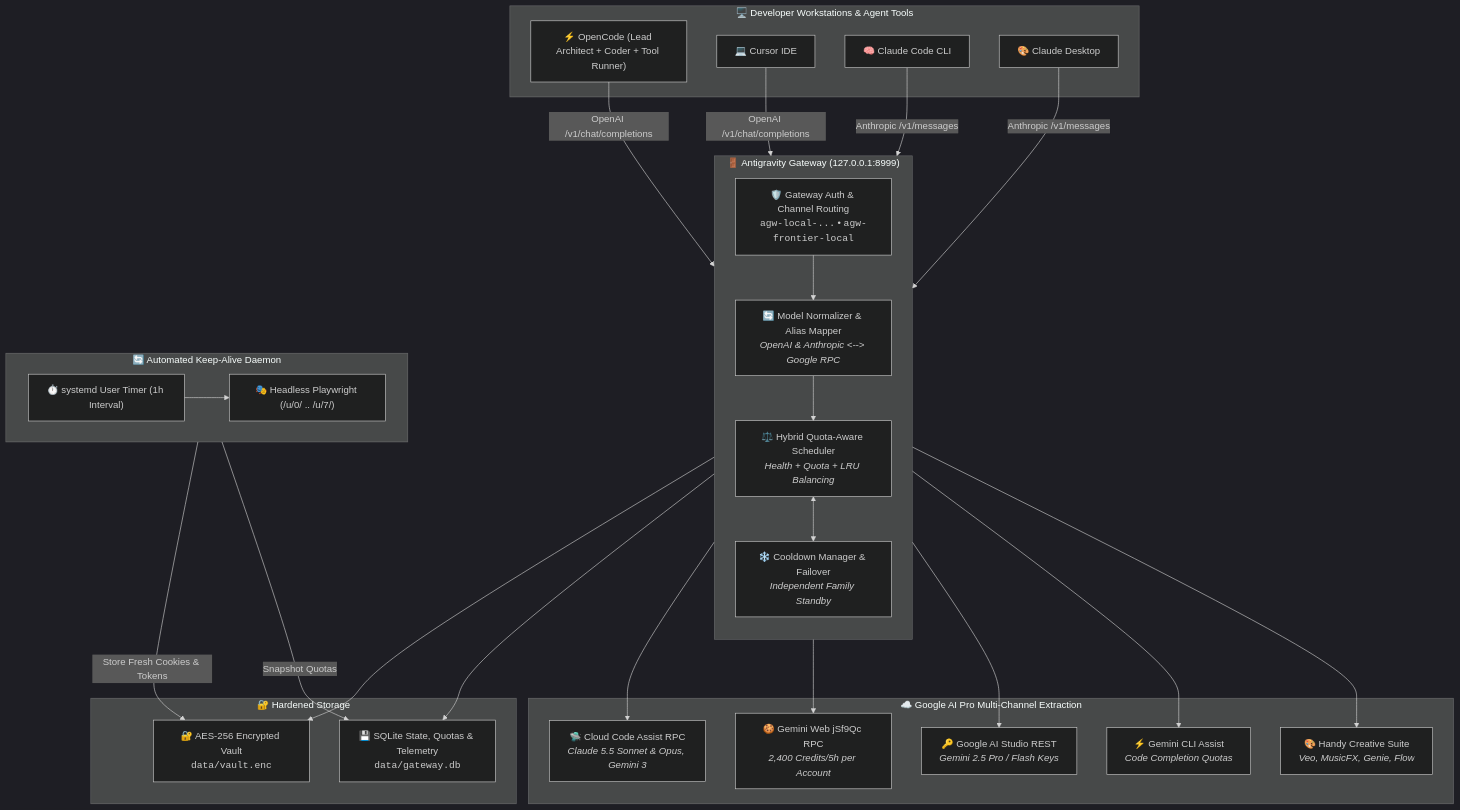
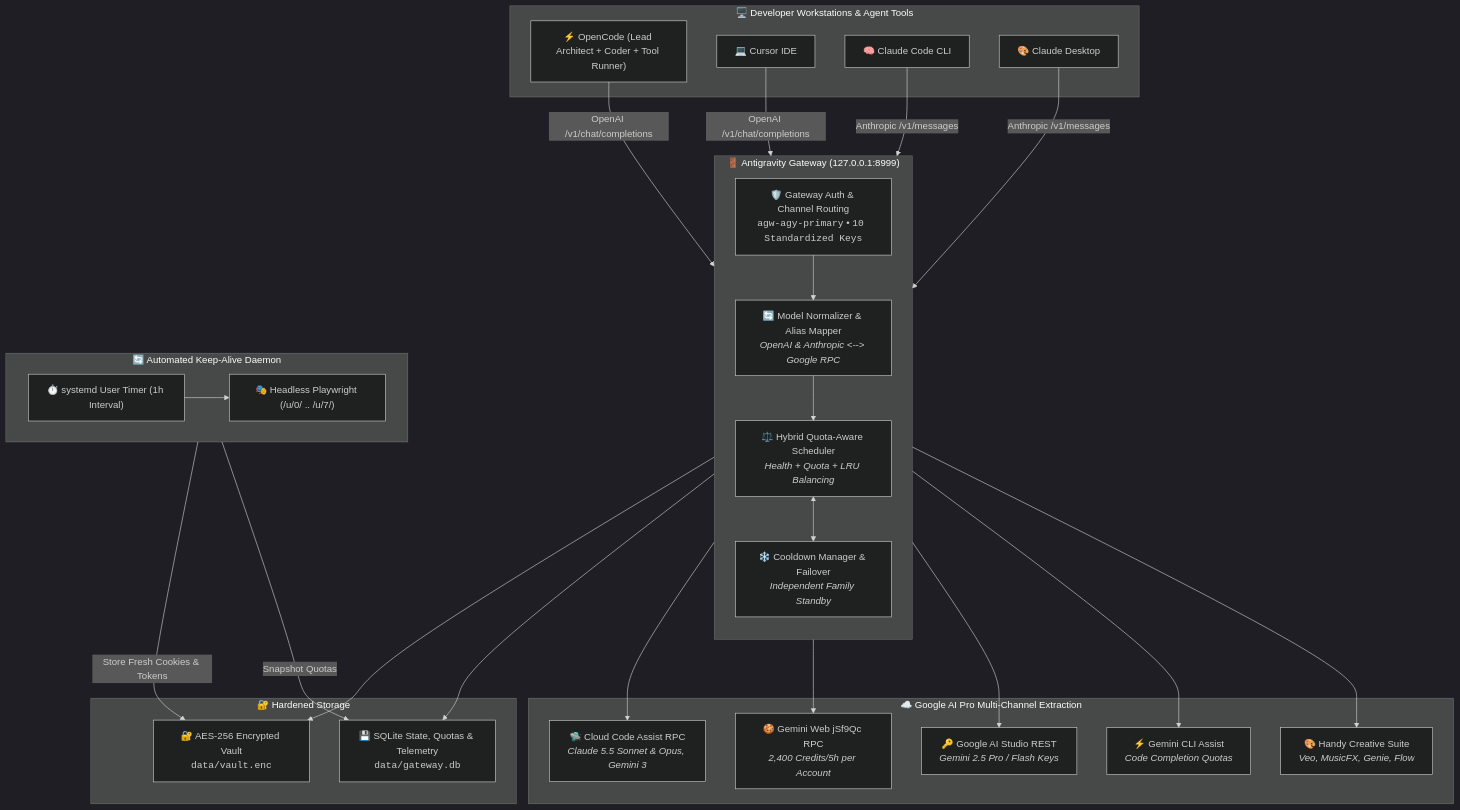
The diagram in README.md (RareBat47/antigravity-gateway), drawn with Mermaid (dark theme) before and after one commit. The commit also changed other lines of this file and 5 other files, not shown here.

Commit message:
feat(providers): streamline OpenCode configuration to 5 standardized provider channels with primary keys

````diff
--- a/README.md
+++ b/README.md
@@ -70,56 +70,56 @@
 ```mermaid
 flowchart TD
     subgraph Clients["🖥️ Developer Workstations & Agent Tools"]
         OpenCode["⚡ OpenCode (Lead Architect + Coder + Tool Runner)"]
         Cursor["💻 Cursor IDE"]
         ClaudeCode["🧠 Claude Code CLI"]
         Desktop["🎨 Claude Desktop"]
     end
 
     subgraph Gateway["🚪 Antigravity Gateway (127.0.0.1:8999)"]
         direction TB
-        Auth["🛡️ Gateway Auth & Channel Routing<br/><code>agw-local-...</code> • <code>agw-frontier-local</code>"]
+        Auth["🛡️ Gateway Auth & Channel Routing<br/><code>agw-agy-primary</code> • <code>10 Standardized Keys</code>"]
         Registry["🔄 Model Normalizer & Alias Mapper<br/><i>OpenAI & Anthropic &lt;--&gt; Google RPC</i>"]
         Scheduler["⚖️ Hybrid Quota-Aware Scheduler<br/><i>Health + Quota + LRU Balancing</i>"]
         Cooldown["❄️ Cooldown Manager & Failover<br/><i>Independent Family Standby</i>"]
     end
 
     subgraph AutoKeeper["🔄 Automated Keep-Alive Daemon"]
         Playwright["🎭 Headless Playwright (/u/0/ .. /u/7/)"]
         Timer["⏱️ systemd User Timer (1h Interval)"]
         Timer --> Playwright
     end
 
     subgraph Storage["🔐 Hardened Storage"]
         Vault["🔐 AES-256 Encrypted Vault<br/><code>data/vault.enc</code>"]
         DB["💾 SQLite State, Quotas & Telemetry<br/><code>data/gateway.db</code>"]
     end
 
     subgraph Upstream["☁️ Google AI Pro Multi-Channel Extraction"]
         OAuth["🛸 Cloud Code Assist RPC<br/><i>Claude 5.5 Sonnet & Opus, Gemini 3</i>"]
         WebSession["🍪 Gemini Web jSf9Qc RPC<br/><i>2,400 Credits/5h per Account</i>"]
         Studio["🔑 Google AI Studio REST<br/><i>Gemini 2.5 Pro / Flash Keys</i>"]
         CLI["⚡ Gemini CLI Assist<br/><i>Code Completion Quotas</i>"]
         Handy["🎨 Handy Creative Suite<br/><i>Veo, MusicFX, Genie, Flow</i>"]
     end
 
     OpenCode -->|OpenAI /v1/chat/completions| Auth
     Cursor -->|OpenAI /v1/chat/completions| Auth
     ClaudeCode -->|Anthropic /v1/messages| Auth
     Desktop -->|Anthropic /v1/messages| Auth
 
     Auth --> Registry
     Registry --> Scheduler
     Scheduler <--> Cooldown
     Scheduler --> Vault
     Scheduler --> DB
 
     AutoKeeper -->|Store Fresh Cookies & Tokens| Vault
     AutoKeeper -->|Snapshot Quotas| DB
 
     Scheduler --> OAuth
     Scheduler --> WebSession
     Scheduler --> Studio
     Scheduler --> CLI
     Scheduler --> Handy
 ```
````
